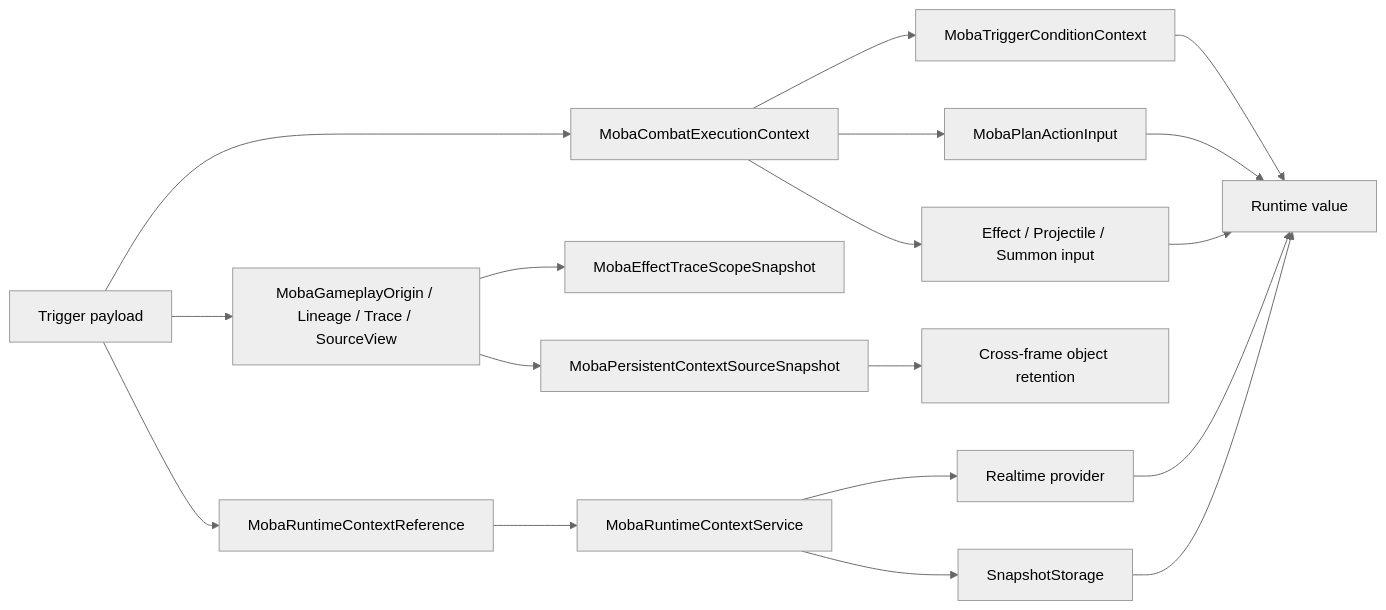
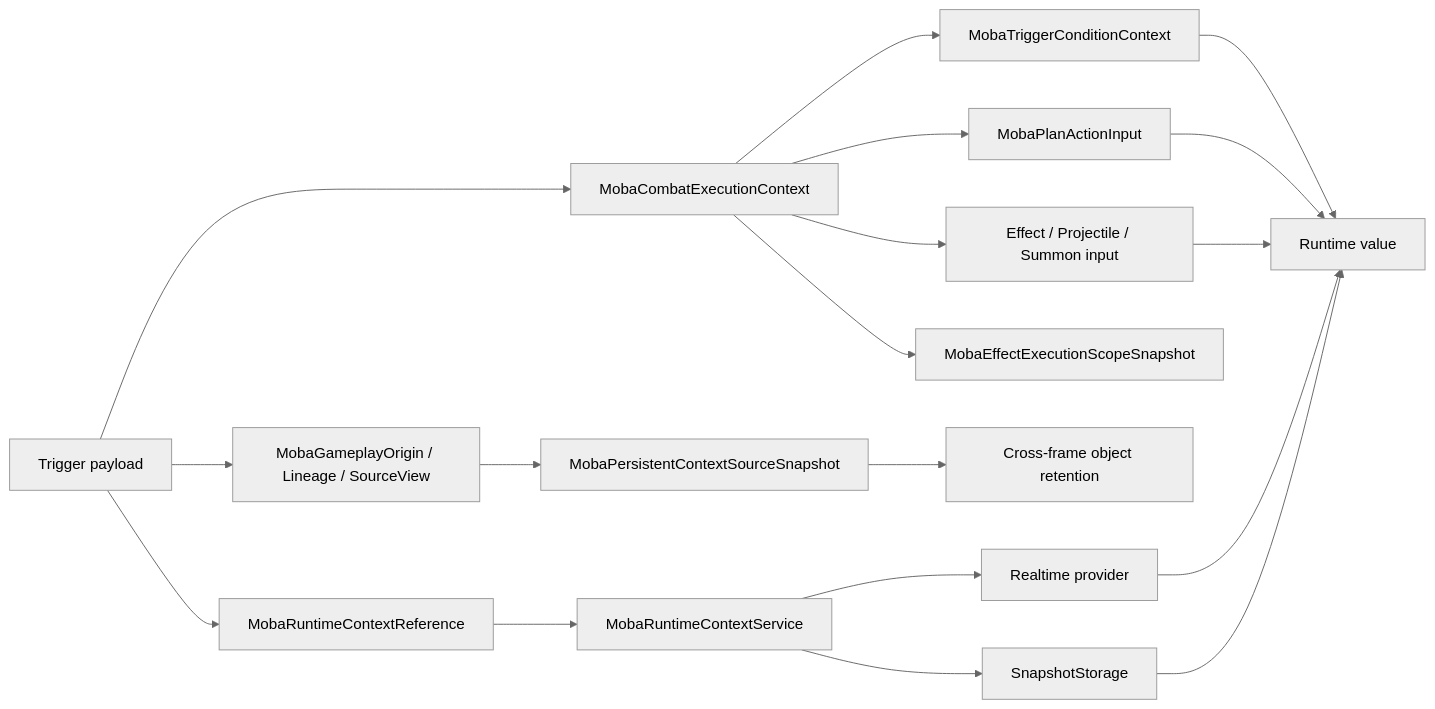
The second of 11 diagrams in Unity/Packages/com.abilitykit.demo.moba.runtime/Runtime/Docs/MobaCombatContextDesignGuide.md (HOBOBO/AbilityKit), drawn with Mermaid (neutral theme) before and after one commit. The commit also changed other lines of this file and 1591 other files, not shown here.

````diff
--- a/Unity/Packages/com.abilitykit.demo.moba.runtime/Runtime/Docs/MobaCombatContextDesignGuide.md
+++ b/Unity/Packages/com.abilitykit.demo.moba.runtime/Runtime/Docs/MobaCombatContextDesignGuide.md
@@ -152,26 +153,26 @@
 ```mermaid
 flowchart LR
     Payload[Trigger payload]
 
     Payload --> Execution[MobaCombatExecutionContext]
-    Payload --> Source[MobaGameplayOrigin / Lineage / Trace / SourceView]
+    Payload --> Source[MobaGameplayOrigin / Lineage / SourceView]
     Payload --> RuntimeRef[MobaRuntimeContextReference]
 
     Execution --> CondCtx[MobaTriggerConditionContext]
     Execution --> PlanInput[MobaPlanActionInput]
     Execution --> DomainInput[Effect / Projectile / Summon input]
 
-    Source --> TraceScope[MobaEffectTraceScopeSnapshot]
+    Execution --> ExecutionScope[MobaEffectExecutionScopeSnapshot]
     Source --> Persistent[MobaPersistentContextSourceSnapshot]
     Persistent --> CrossFrame[Cross-frame object retention]
 
     RuntimeRef --> RuntimeService[MobaRuntimeContextService]
     RuntimeService --> Realtime[Realtime provider]
     RuntimeService --> Snapshot[SnapshotStorage]
     Realtime --> RuntimeValue[Runtime value]
     Snapshot --> RuntimeValue
 
     CondCtx --> RuntimeValue
     PlanInput --> RuntimeValue
     DomainInput --> RuntimeValue
 ```
````
